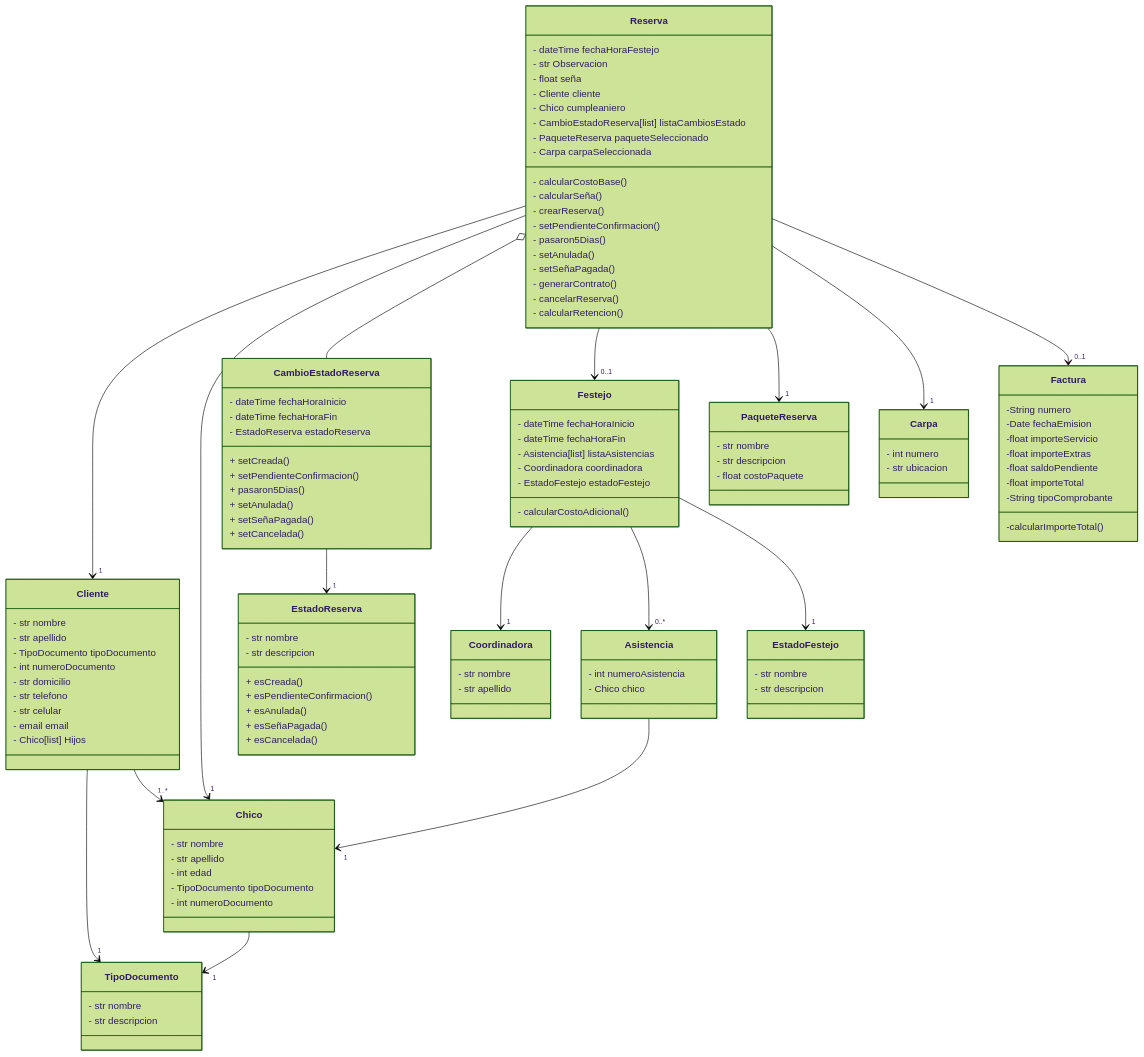
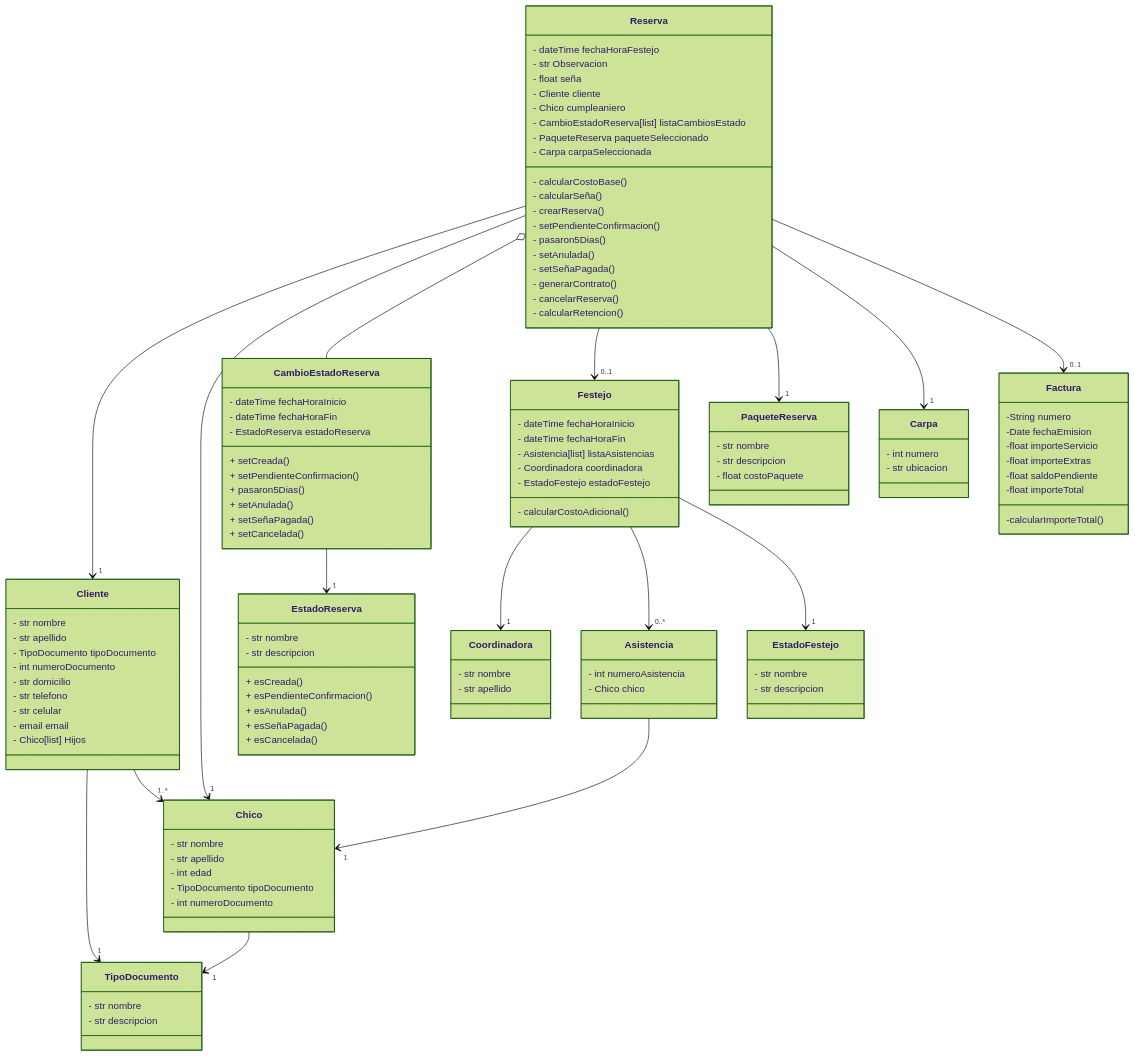
The diagram in Diagrama_clases.mmd (Villada-PG2/trabajo-practico-integrador-fiestas-infantiles), drawn with Mermaid (forest theme) before and after one commit. The commit also changed 1 other file, not shown here.

Commit message:
Se agregaron las clases PaqueteReserva, Carpa y Factura. Se elimino un atributo en el diagrama de clases

```diff
--- a/Diagrama_clases.mmd
+++ b/Diagrama_clases.mmd
@@ -1,132 +1,131 @@
 classDiagram
 
     Reserva -->"1" Cliente
     Reserva -->"1" Chico
     Cliente -->"1" TipoDocumento
     Chico -->"1" TipoDocumento
     Cliente -->"1..*" Chico
     Reserva o-- CambioEstadoReserva
     CambioEstadoReserva -->"1" EstadoReserva
     Reserva -->"0..1" Festejo
     Festejo -->"1" Coordinadora
     Festejo -->"0..*" Asistencia
     Festejo -->"1" EstadoFestejo
     Reserva -->"1" PaqueteReserva
     Reserva -->"1" Carpa
     Reserva -->"0..1" Factura
     Asistencia -->"1" Chico
 
 
     class Festejo {
         - dateTime fechaHoraInicio
         - dateTime fechaHoraFin
         - Asistencia[list] listaAsistencias
         - Coordinadora coordinadora
         - EstadoFestejo estadoFestejo
         - calcularCostoAdicional()
     }
 
     class Coordinadora {
         - str nombre
         - str apellido
     }
 
     class EstadoFestejo {
         - str nombre
         - str descripcion
     }
 
     class Chico {
         - str nombre
         - str apellido
         - int edad
         - TipoDocumento tipoDocumento
         - int numeroDocumento
     }
 
     class Reserva {
         - dateTime fechaHoraFestejo
         - str Observacion
         - float seña
         - Cliente cliente
         - Chico cumpleaniero
         - CambioEstadoReserva[list] listaCambiosEstado
         - PaqueteReserva paqueteSeleccionado
         - Carpa carpaSeleccionada
 
         - calcularCostoBase()
         - calcularSeña()
         - crearReserva()
         - setPendienteConfirmacion()
         - pasaron5Dias()
         - setAnulada()
         - setSeñaPagada()
         - generarContrato()
         - cancelarReserva()
         - calcularRetencion()
     }
 
     class CambioEstadoReserva {
         - dateTime fechaHoraInicio
         - dateTime fechaHoraFin
         - EstadoReserva estadoReserva
         + setCreada()
         + setPendienteConfirmacion()
         + pasaron5Dias()
         + setAnulada()
         + setSeñaPagada()
         + setCancelada()
     }
 
     class EstadoReserva {
         - str nombre
         - str descripcion
         + esCreada()
         + esPendienteConfirmacion()
         + esAnulada()
         + esSeñaPagada()
         + esCancelada()
     }
     class Carpa {
         - int numero
         - str ubicacion
     }
 
     class PaqueteReserva {
         - str nombre
         - str descripcion
         - float costoPaquete
     }
 
     class Cliente {
         - str nombre
         - str apellido
         - TipoDocumento tipoDocumento
         - int numeroDocumento
         - str domicilio
         - str telefono
         - str celular
         - email email
         - Chico[list] Hijos
     }
 
     class Asistencia {
         - int numeroAsistencia
         - Chico chico
     }
 
     class TipoDocumento{
         - str nombre
         - str descripcion
     }
 
     class Factura {
         -String numero
         -Date fechaEmision
         -float importeServicio
         -float importeExtras
         -float saldoPendiente
         -float importeTotal
-        -String tipoComprobante
         -calcularImporteTotal()
     }
```
